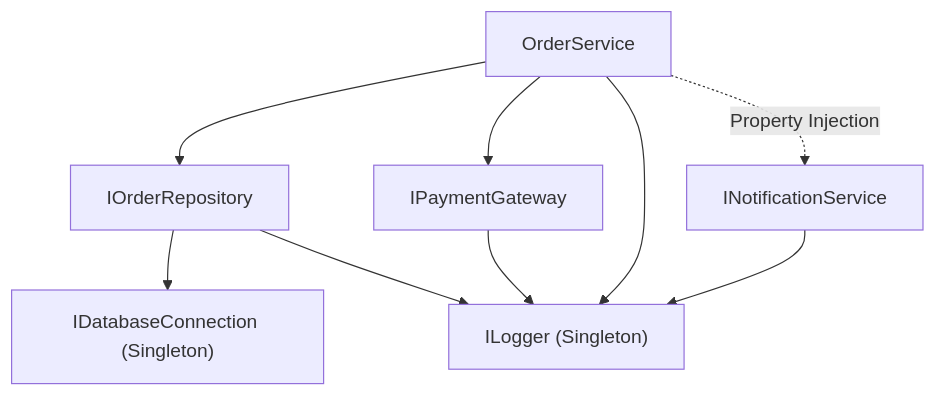
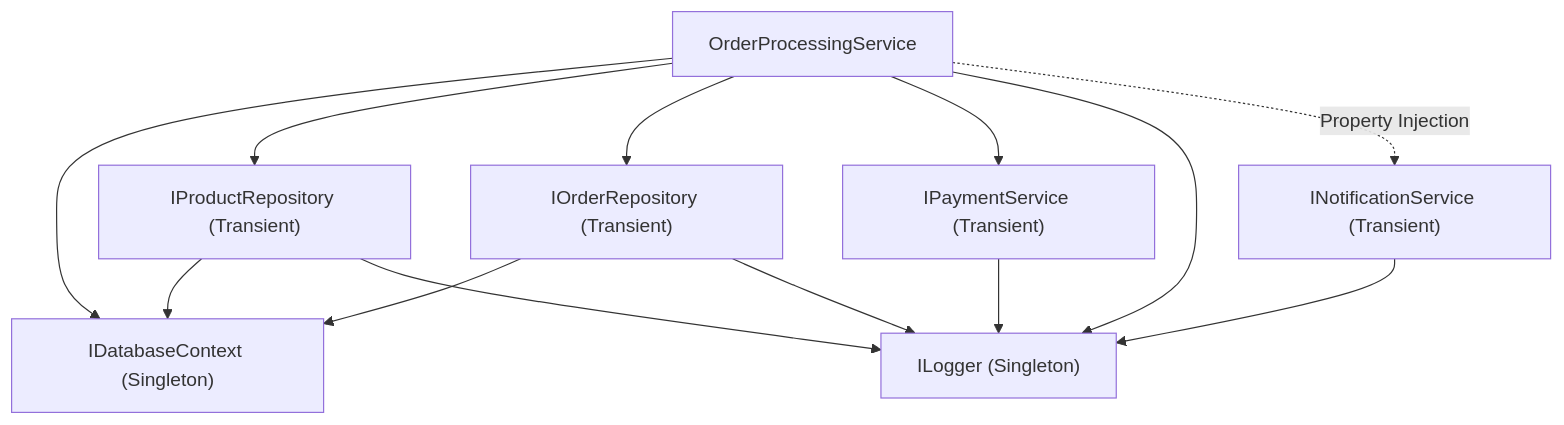
One commit to MrTomkaYurii/CSharp-OOP-Mastery changed the first of 2 diagrams in 06-Advanced-DotNet/02-Reflection-And-Metadata/Docs/06_IoC_Container_Deep_Dive.md. Above: the diagram before and after it, drawn with Mermaid. The commit also changed other lines of this file and 36 other files, not shown here.

Commit message:
refactor(di): modularize project 19 with clean architecture subfolders, in-memory database emulation, SOLID repositories and services, and interactive console app

````diff
--- a/06-Advanced-DotNet/02-Reflection-And-Metadata/Docs/06_IoC_Container_Deep_Dive.md
+++ b/06-Advanced-DotNet/02-Reflection-And-Metadata/Docs/06_IoC_Container_Deep_Dive.md
@@ -33,14 +33,19 @@
 ```mermaid
 graph TD
-    OrderService["OrderService"]
-    OrderService --> IOrderRepository["IOrderRepository"]
-    OrderService --> IPaymentGateway["IPaymentGateway"]
+    OrderService["OrderProcessingService"]
+    OrderService --> IDatabaseContext["IDatabaseContext (Singleton)"]
+    OrderService --> IProductRepository["IProductRepository (Transient)"]
+    OrderService --> IOrderRepository["IOrderRepository (Transient)"]
+    OrderService --> IPaymentService["IPaymentService (Transient)"]
     OrderService --> ILogger["ILogger (Singleton)"]
-    OrderService -.->|Property Injection| INotificationService["INotificationService"]
+    OrderService -.->|Property Injection| INotificationService["INotificationService (Transient)"]
 
-    IOrderRepository --> IDatabaseConnection["IDatabaseConnection (Singleton)"]
+    IProductRepository --> IDatabaseContext
+    IProductRepository --> ILogger
+
+    IOrderRepository --> IDatabaseContext
     IOrderRepository --> ILogger
 
-    IPaymentGateway --> ILogger
+    IPaymentService --> ILogger
     INotificationService --> ILogger
 ```
````
